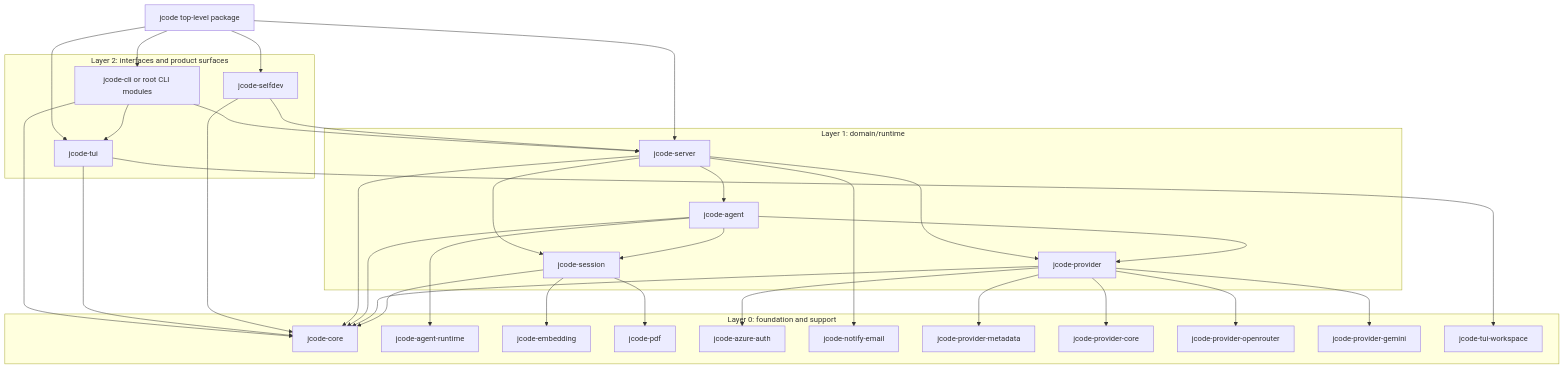
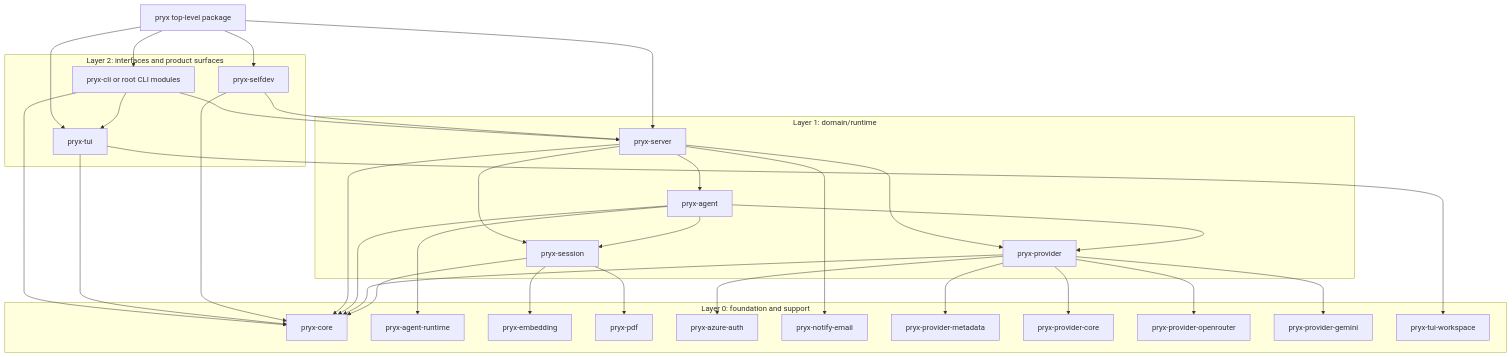
One commit to irfndi/pryx changed the second of 2 diagrams in docs/MODULAR_ARCHITECTURE_RFC.md. Above: the diagram before and after it, drawn with Mermaid. The commit also changed other lines of this file and 2678 other files, not shown here.

First line of the commit message:
refactor: rename jcode to pryx across the entire codebase

````diff
--- a/docs/MODULAR_ARCHITECTURE_RFC.md
+++ b/docs/MODULAR_ARCHITECTURE_RFC.md
@@ -225,68 +225,68 @@
 ```mermaid
 flowchart TD
-  App[jcode top-level package]
+  App[pryx top-level package]
 
   subgraph L2[Layer 2: interfaces and product surfaces]
-    TUI[jcode-tui]
-    SelfDev[jcode-selfdev]
-    CLI[jcode-cli or root CLI modules]
+    TUI[pryx-tui]
+    SelfDev[pryx-selfdev]
+    CLI[pryx-cli or root CLI modules]
   end
 
   subgraph L1[Layer 1: domain/runtime]
-    Server[jcode-server]
-    Agent[jcode-agent]
-    Provider[jcode-provider]
-    Session[jcode-session]
+    Server[pryx-server]
+    Agent[pryx-agent]
+    Provider[pryx-provider]
+    Session[pryx-session]
   end
 
   subgraph L0[Layer 0: foundation and support]
-    Core[jcode-core]
-    AR[jcode-agent-runtime]
-    Emb[jcode-embedding]
-    PDF[jcode-pdf]
-    Azure[jcode-azure-auth]
-    Mail[jcode-notify-email]
-    PMeta[jcode-provider-metadata]
-    PCore[jcode-provider-core]
-    POR[jcode-provider-openrouter]
-    PGem[jcode-provider-gemini]
-    TW[jcode-tui-workspace]
+    Core[pryx-core]
+    AR[pryx-agent-runtime]
+    Emb[pryx-embedding]
+    PDF[pryx-pdf]
+    Azure[pryx-azure-auth]
+    Mail[pryx-notify-email]
+    PMeta[pryx-provider-metadata]
+    PCore[pryx-provider-core]
+    POR[pryx-provider-openrouter]
+    PGem[pryx-provider-gemini]
+    TW[pryx-tui-workspace]
   end
 
   App --> Server
   App --> TUI
   App --> SelfDev
   App --> CLI
 
   CLI --> Server
   CLI --> TUI
   CLI --> Core
 
   TUI --> Core
   TUI --> TW
 
   SelfDev --> Server
   SelfDev --> Core
 
   Server --> Agent
   Server --> Provider
   Server --> Session
   Server --> Core
   Server --> Mail
 
   Agent --> Provider
   Agent --> Session
   Agent --> Core
   Agent --> AR
 
   Provider --> Core
   Provider --> PCore
   Provider --> PMeta
   Provider --> POR
   Provider --> PGem
   Provider --> Azure
 
   Session --> Core
   Session --> Emb
   Session --> PDF
 ```
````
